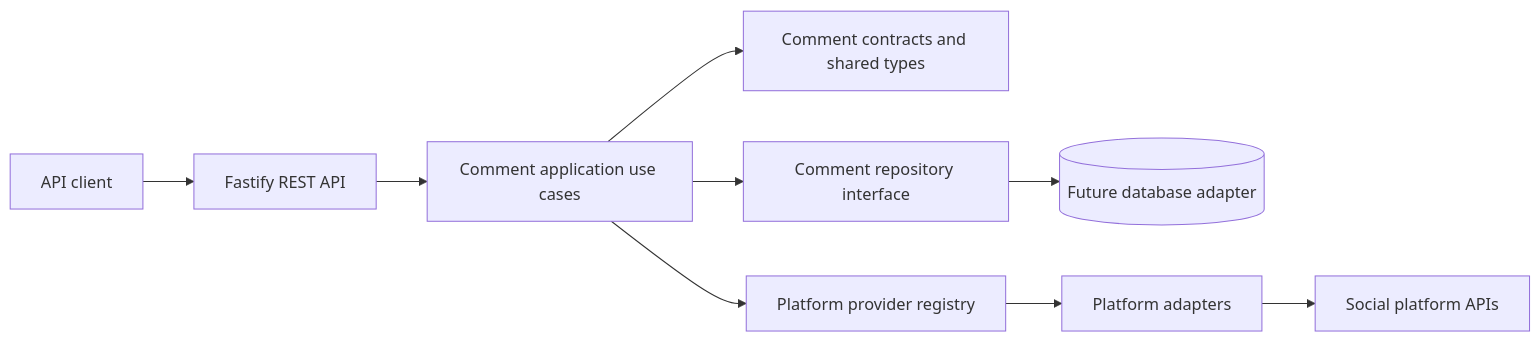
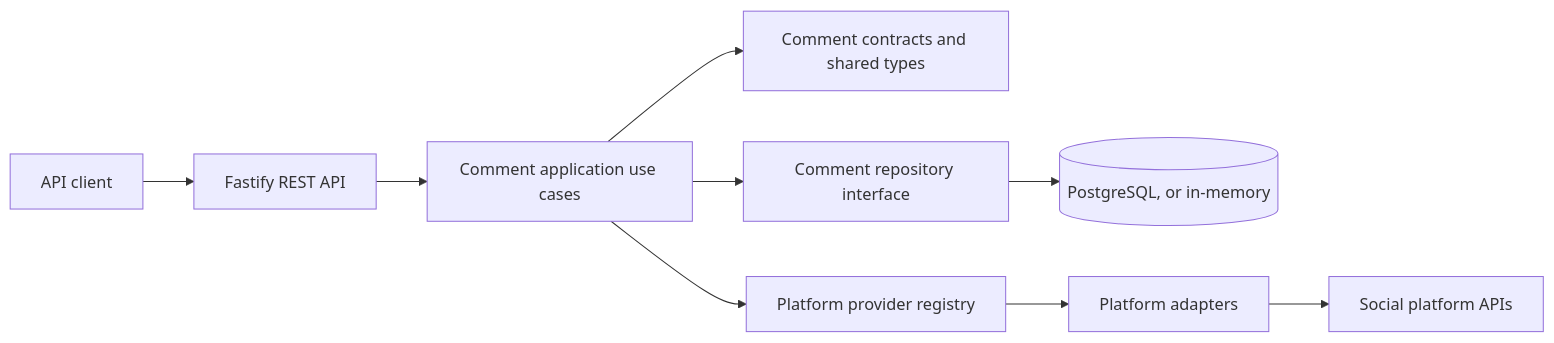
The diagram in docs/architecture.md (akin-oz/social-comments-service), drawn with Mermaid before and after one commit. The commit also changed other lines of this file and 4 other files, not shown here.

````diff
--- a/docs/architecture.md
+++ b/docs/architecture.md
@@ -11,11 +11,11 @@
 ```mermaid
 flowchart LR
   Client[API client] --> API[Fastify REST API]
   API --> App[Comment application use cases]
   App --> Domain[Comment contracts and shared types]
   App --> Repo[Comment repository interface]
   App --> Registry[Platform provider registry]
-  Repo --> DB[(Future database adapter)]
+  Repo --> DB[(PostgreSQL, or in-memory)]
   Registry --> Providers[Platform adapters]
   Providers --> External[Social platform APIs]
 ```
````
